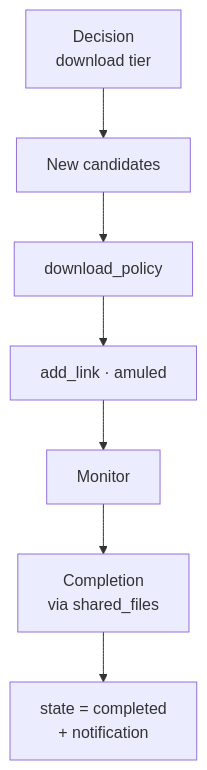
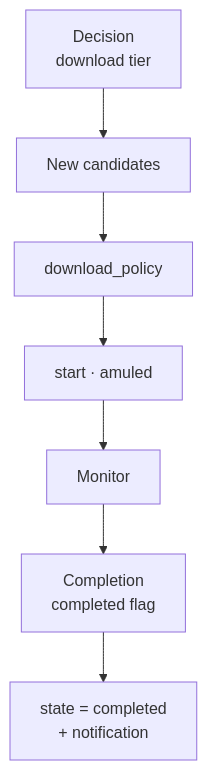
One commit to mission-titar/mulewatch changed the eighth of 10 diagrams in docs/contributing/architecture.md. Above: the diagram before and after it, drawn with Mermaid. The commit also changed other lines of this file and 10 other files, not shown here.

````diff
--- a/docs/contributing/architecture.md
+++ b/docs/contributing/architecture.md
@@ -299,13 +299,13 @@
 ```mermaid
 flowchart TD
   dec["Decision<br/>download tier"]
   cand["New candidates"]
   pol["download_policy"]
-  add["add_link · amuled"]
+  add["start · amuled"]
   mon["Monitor"]
-  comp["Completion<br/>via shared_files"]
+  comp["Completion<br/>completed flag"]
   done["state = completed<br/>+ notification"]
 
   dec --> cand --> pol --> add
   add --> mon --> comp --> done
 ```
````
